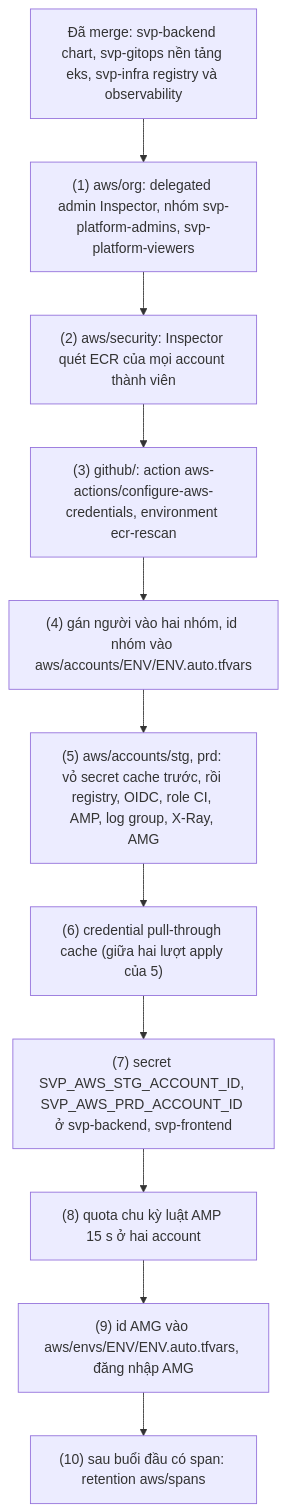
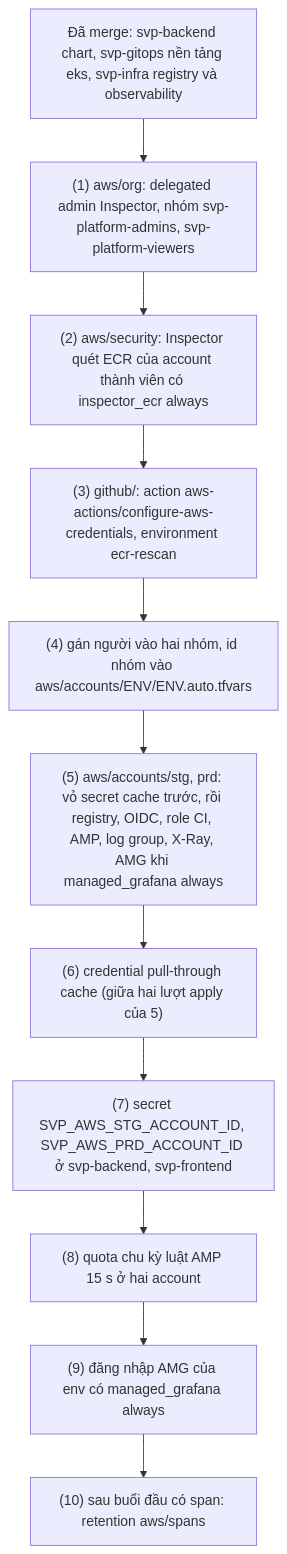
One commit to anhnvcoder/svp-infra changed the diagram in docs/runbooks/platform-setup.md. Above: the diagram before and after it, drawn with Mermaid. The commit also changed other lines of this file and 62 other files, not shown here.

First line of the commit message:
feat: cost toggles for paid AWS services per account (#42)

````diff
--- a/docs/runbooks/platform-setup.md
+++ b/docs/runbooks/platform-setup.md
@@ -19,14 +22,14 @@
 ```mermaid
 flowchart TD
   M["Đã merge: svp-backend chart, svp-gitops nền tảng eks, svp-infra registry và observability"] --> B1
   B1["(1) aws/org: delegated admin Inspector, nhóm svp-platform-admins, svp-platform-viewers"] --> B2
-  B2["(2) aws/security: Inspector quét ECR của mọi account thành viên"] --> B3
+  B2["(2) aws/security: Inspector quét ECR của account thành viên có inspector_ecr always"] --> B3
   B3["(3) github/: action aws-actions/configure-aws-credentials, environment ecr-rescan"] --> B4
   B4["(4) gán người vào hai nhóm, id nhóm vào aws/accounts/ENV/ENV.auto.tfvars"] --> B5
-  B5["(5) aws/accounts/stg, prd: vỏ secret cache trước, rồi registry, OIDC, role CI, AMP, log group, X-Ray, AMG"] --> B6
+  B5["(5) aws/accounts/stg, prd: vỏ secret cache trước, rồi registry, OIDC, role CI, AMP, log group, X-Ray, AMG khi managed_grafana always"] --> B6
   B6["(6) credential pull-through cache (giữa hai lượt apply của 5)"] --> B7
   B7["(7) secret SVP_AWS_STG_ACCOUNT_ID, SVP_AWS_PRD_ACCOUNT_ID ở svp-backend, svp-frontend"] --> B8
   B8["(8) quota chu kỳ luật AMP 15 s ở hai account"] --> B9
-  B9["(9) id AMG vào aws/envs/ENV/ENV.auto.tfvars, đăng nhập AMG"] --> B10
+  B9["(9) đăng nhập AMG của env có managed_grafana always"] --> B10
   B10["(10) sau buổi đầu có span: retention aws/spans"]
 ```
````
